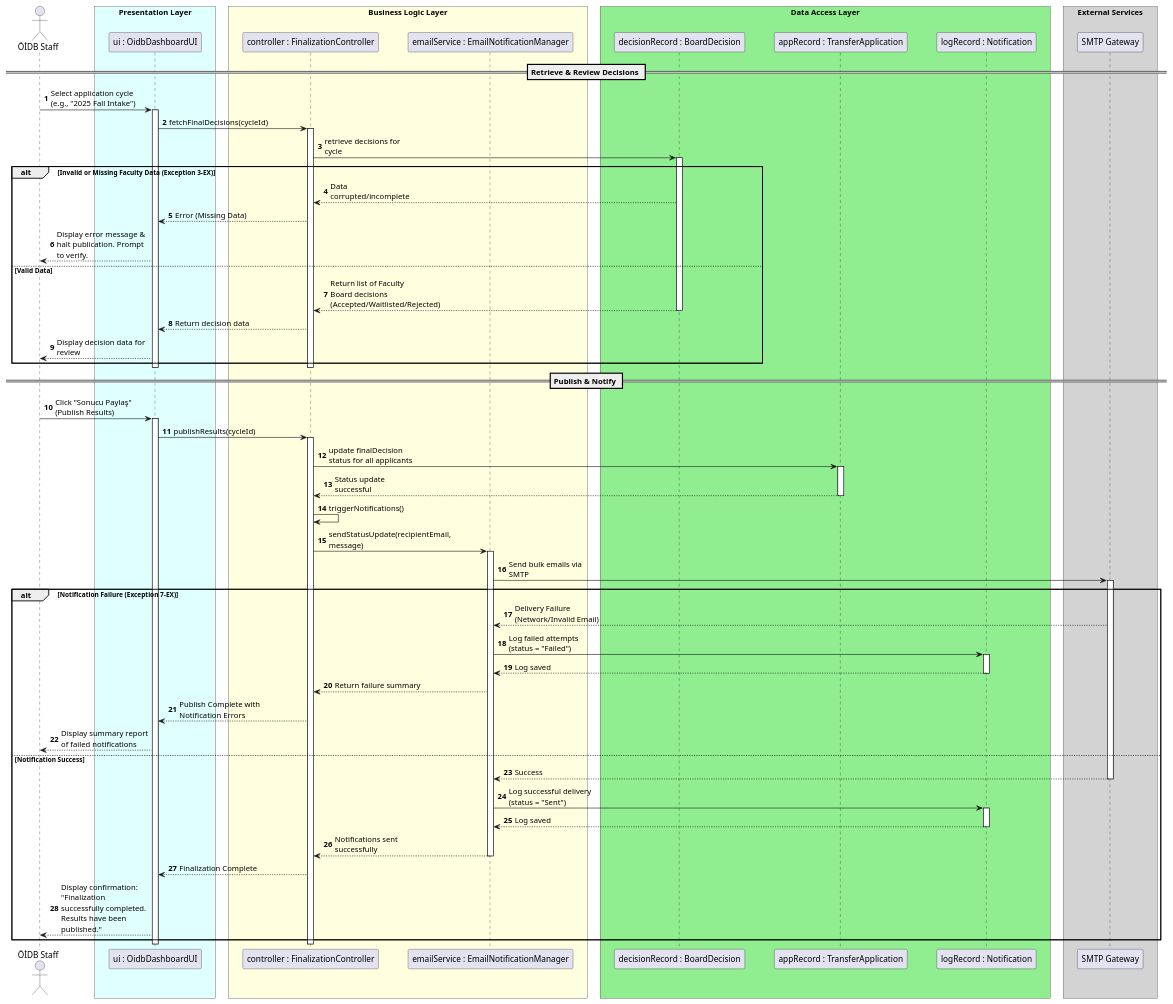
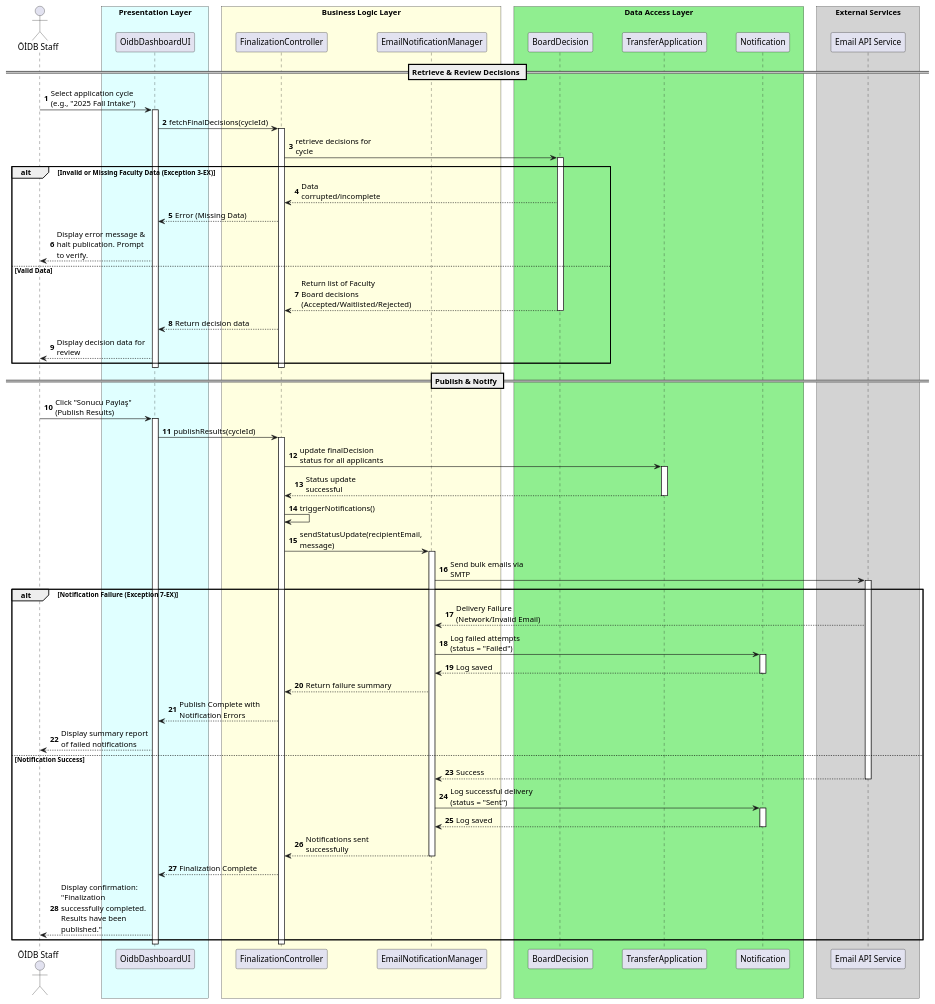
One commit to UTMS-G02/utms changed the diagram in docs/uml/uc-6.puml. Above: the diagram before and after it, drawn with PlantUML. The commit also changed 6 other files, not shown here.

```diff
--- a/docs/uml/uc-6.puml
+++ b/docs/uml/uc-6.puml
@@ -1,102 +1,102 @@
 @startuml uc-6
 autonumber
 skinparam maxMessageSize 150
 skinparam ParticipantPadding 20
 skinparam BoxPadding 10
 
 actor "ÖİDB Staff" as Staff
 
 box "Presentation Layer" #LightCyan
-participant "ui : OidbDashboardUI" as UI
+participant "OidbDashboardUI" as UI
 end box
 
 box "Business Logic Layer" #LightYellow
-participant "controller : FinalizationController" as Controller
-participant "emailService : EmailNotificationManager" as EmailService
+participant "FinalizationController" as Controller
+participant "EmailNotificationManager" as EmailService
 end box
 
 box "Data Access Layer" #LightGreen
-participant "decisionRecord : BoardDecision" as DecisionDB
-participant "appRecord : TransferApplication" as AppDB
-participant "logRecord : Notification" as LogDB
+participant "BoardDecision" as DecisionDB
+participant "TransferApplication" as AppDB
+participant "Notification" as LogDB
 end box
 
 box "External Services" #LightGray
-participant "SMTP Gateway" as ExternalEmail
+participant "Email API Service" as ExternalEmail
 end box
 
 == Retrieve & Review Decisions ==
 
 Staff -> UI: Select application cycle (e.g., "2025 Fall Intake")
 activate UI
 
 UI -> Controller: fetchFinalDecisions(cycleId)
 activate Controller
 
 Controller -> DecisionDB: retrieve decisions for cycle
 activate DecisionDB
 
 alt Invalid or Missing Faculty Data (Exception 3-EX)
     DecisionDB --> Controller: Data corrupted/incomplete
     Controller --> UI: Error (Missing Data)
     UI --> Staff: Display error message & halt publication. Prompt to verify.
 else Valid Data
     DecisionDB --> Controller: Return list of Faculty Board decisions (Accepted/Waitlisted/Rejected)
     deactivate DecisionDB
     
     Controller --> UI: Return decision data
     UI --> Staff: Display decision data for review
 end
 
 deactivate Controller
 deactivate UI
 
 == Publish & Notify ==
 
 Staff -> UI: Click "Sonucu Paylaş" (Publish Results)
 activate UI
 
 UI -> Controller: publishResults(cycleId)
 activate Controller
 
 Controller -> AppDB: update finalDecision status for all applicants
 activate AppDB
 AppDB --> Controller: Status update successful
 deactivate AppDB
 
 Controller -> Controller: triggerNotifications()
 Controller -> EmailService: sendStatusUpdate(recipientEmail, message)
 activate EmailService
 
 EmailService -> ExternalEmail: Send bulk emails via SMTP
 activate ExternalEmail
 
 alt Notification Failure (Exception 7-EX)
     ExternalEmail --> EmailService: Delivery Failure (Network/Invalid Email)
     EmailService -> LogDB: Log failed attempts (status = "Failed")
     activate LogDB
     LogDB --> EmailService: Log saved
     deactivate LogDB
     
     EmailService --> Controller: Return failure summary
     Controller --> UI: Publish Complete with Notification Errors
     UI --> Staff: Display summary report of failed notifications
 else Notification Success
     ExternalEmail --> EmailService: Success
     deactivate ExternalEmail
     EmailService -> LogDB: Log successful delivery (status = "Sent")
     activate LogDB
     LogDB --> EmailService: Log saved
     deactivate LogDB
     
     EmailService --> Controller: Notifications sent successfully
     deactivate EmailService
     
     Controller --> UI: Finalization Complete
     UI --> Staff: Display confirmation: "Finalization successfully completed. Results have been published."
 end
 
 deactivate Controller
 deactivate UI
 
 @enduml
```
